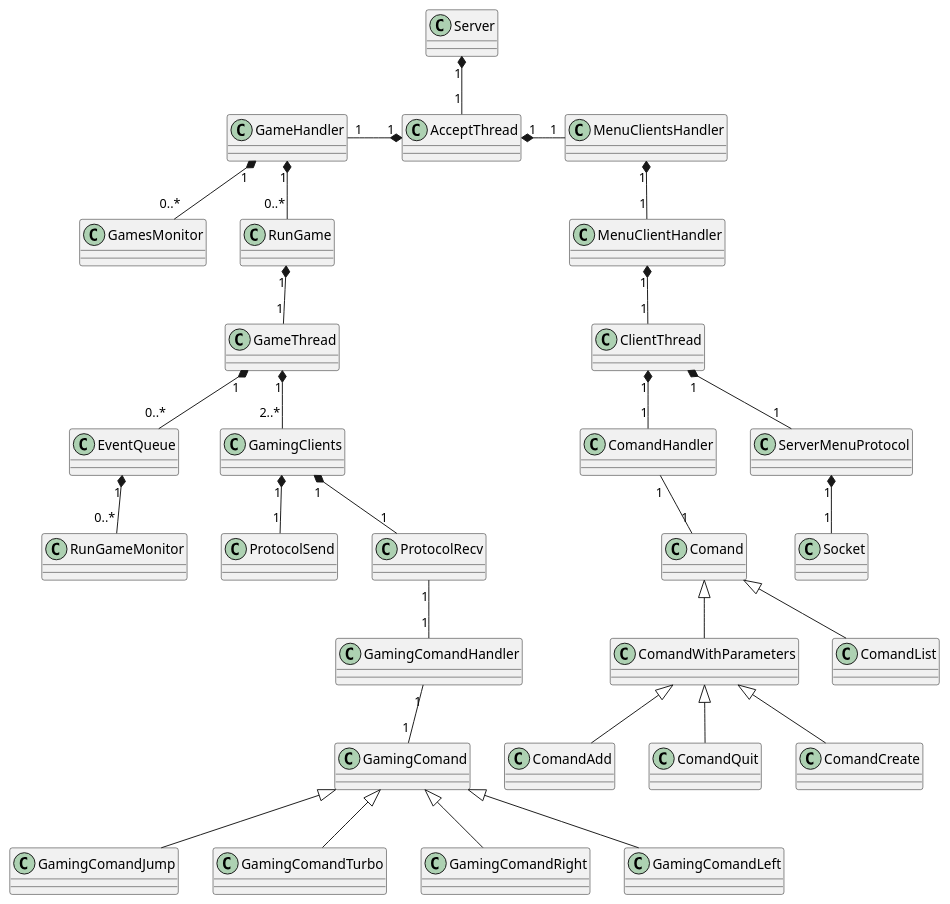
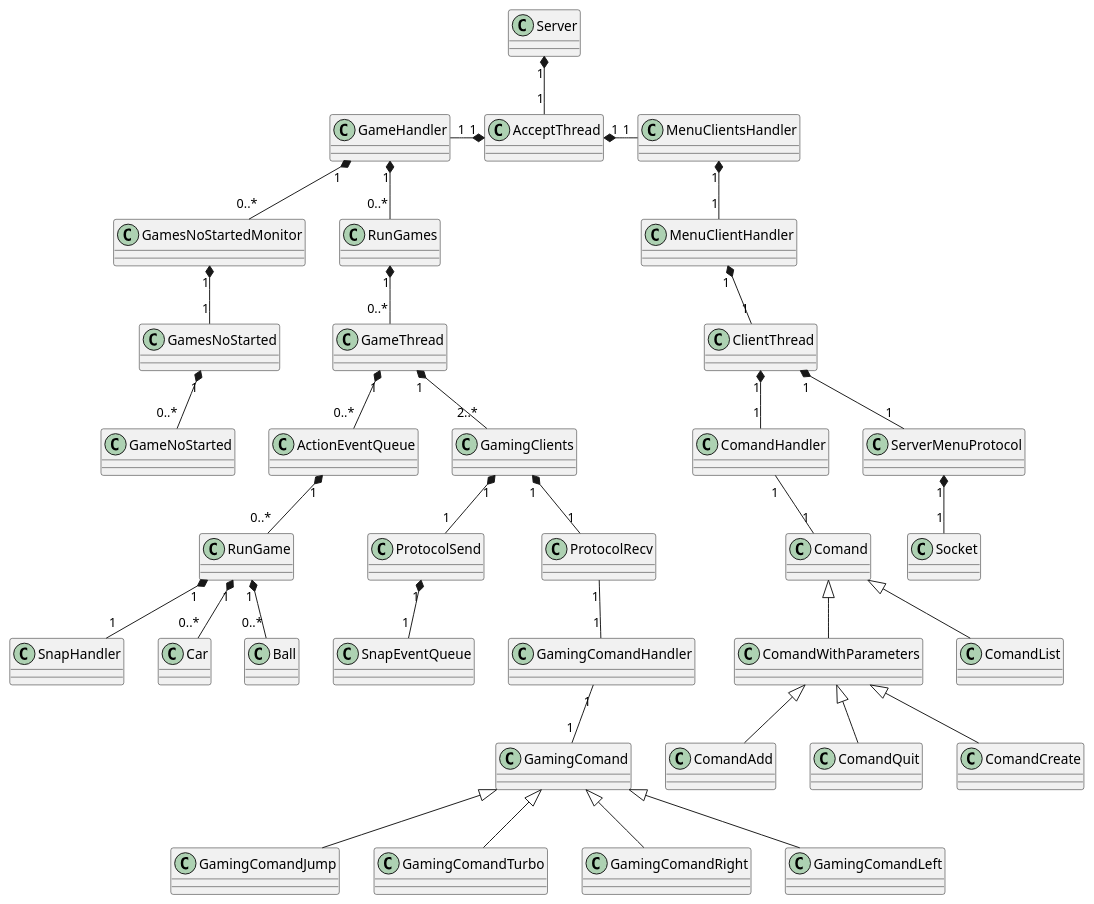
One commit to aromero3003/Rocket-League-sideswipe-Taller-1-FIUBA changed the diagram in ServerSimplificated.puml. Above: the diagram before and after it, drawn with PlantUML. The commit also changed 27 other files, not shown here.

```diff
--- a/ServerSimplificated.puml
+++ b/ServerSimplificated.puml
@@ -1,39 +1,48 @@
 @startuml
 'https://plantuml.com/class-diagram
+
 Server "1"*--"1" AcceptThread
 AcceptThread "1"*-left-"1" GameHandler
 AcceptThread "1"*-right-"1" MenuClientsHandler
-GameHandler "1" *-- "0..*" GamesMonitor
-GameHandler "1" *-- "0..*" RunGame
+GameHandler "1" *-- "0..*" GamesNoStartedMonitor
+GamesNoStartedMonitor "1" *-- "1" GamesNoStarted
+GamesNoStarted "1" *-- "0..*" GameNoStarted
+GameHandler "1" *-- "0..*" RunGames
 
-RunGame "1"*--"1" GameThread
-GameThread "1" *-- "0..*" EventQueue
-EventQueue "1" *-- "0..*" RunGameMonitor
+RunGames "1"*--"0..*" GameThread
+
+ProtocolSend "1"*--"1" SnapEventQueue
+GameThread "1" *-- "0..*" ActionEventQueue
+ActionEventQueue "1" *-- "0..*" RunGame
+RunGame "1" *-- "1" SnapHandler
+RunGame "1" *-- "0..*" Car
+RunGame "1" *-- "0..*" Ball
+
 GameThread "1" *-- "2..*" GamingClients
 GamingClients "1"*--"1" ProtocolSend
 GamingClients "1"*--"1" ProtocolRecv
 ProtocolRecv "1"--"1" GamingComandHandler
 GamingComandHandler "1"--"1" GamingComand
 GamingComand <|-- GamingComandJump
 GamingComand <|-- GamingComandTurbo
 GamingComand <|-- GamingComandRight
 GamingComand <|-- GamingComandLeft
 
 
 MenuClientsHandler "1"*--"1"MenuClientHandler
 MenuClientHandler "1"*--"1"ClientThread
 ClientThread "1"*--"1" ComandHandler
 ClientThread "1"*--"1" ServerMenuProtocol
 ServerMenuProtocol "1"*--"1"  Socket
 
 ComandHandler "1"--"1" Comand
 Comand <|-- ComandWithParameters
 Comand <|-- ComandList
 ComandWithParameters <|-- ComandAdd
 ComandWithParameters <|-- ComandQuit
 ComandWithParameters <|-- ComandCreate
 
 
 
 
 @enduml
```
